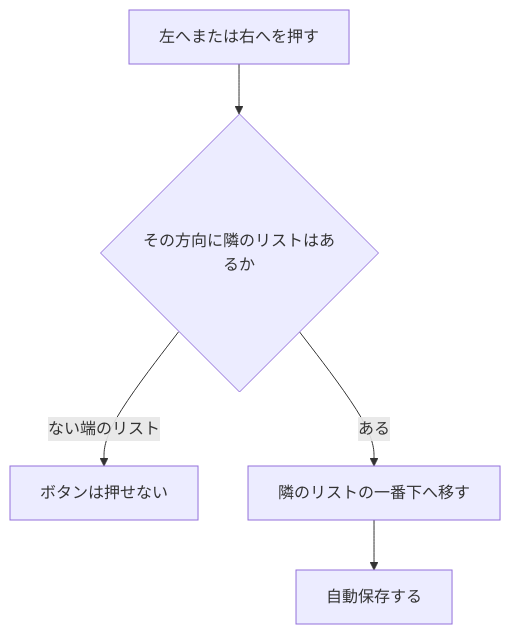
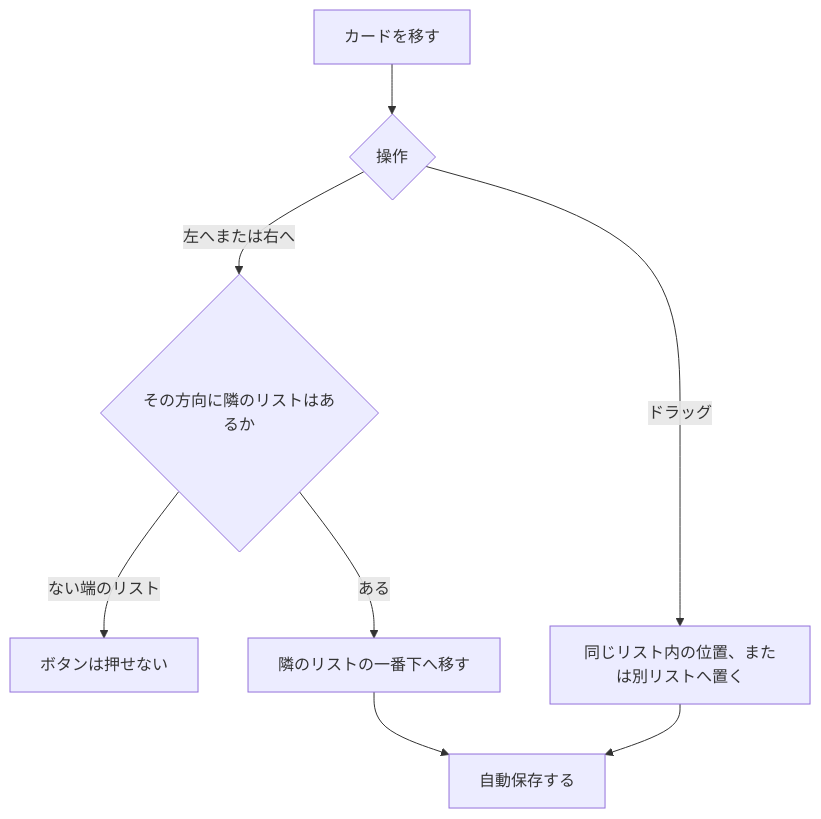
Before and after one commit to pfgnsb/kadai-kanri-board: the fifth of 10 diagrams in ドキュメント/要件定義書.md, drawn with Mermaid. The commit also changed other lines of this file and 3 other files, not shown here.

````diff
--- a/ドキュメント/要件定義書.md
+++ b/ドキュメント/要件定義書.md
@@ -188,7 +190,10 @@
 ```mermaid
 flowchart TD
-  a[左へまたは右へを押す] --> b{その方向に隣のリストはあるか}
-  b -->|ない端のリスト| c[ボタンは押せない]
-  b -->|ある| d[隣のリストの一番下へ移す]
-  d --> e[自動保存する]
+  a[カードを移す] --> b{操作}
+  b -->|左へまたは右へ| c{その方向に隣のリストはあるか}
+  c -->|ない端のリスト| d[ボタンは押せない]
+  c -->|ある| e[隣のリストの一番下へ移す]
+  b -->|ドラッグ| f[同じリスト内の位置、または別リストへ置く]
+  e --> g[自動保存する]
+  f --> g
 ```
````
